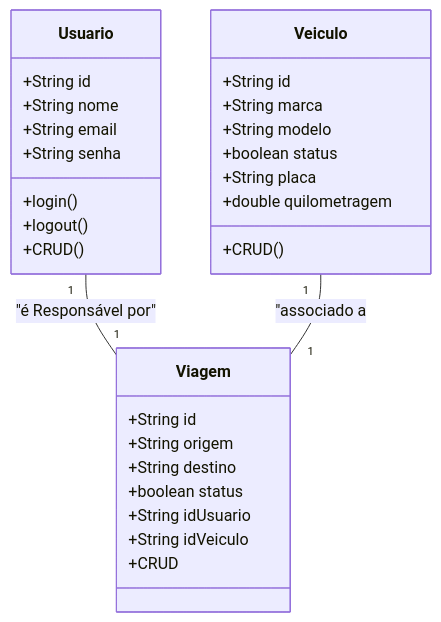
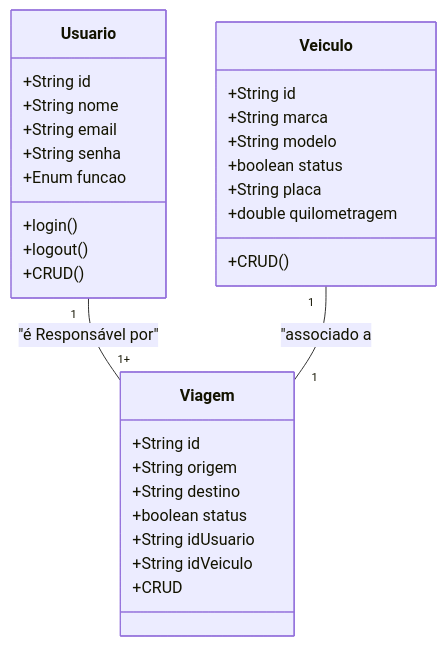
Before and after one commit to GuilhermeXavier08/somativa-sgf: the first of 3 diagrams in README.md, drawn with Mermaid. The commit also changed other lines of this file and 6 other files, not shown here.

````diff
--- a/README.md
+++ b/README.md
@@ -79,38 +79,39 @@
 ```mermaid
 
     classDiagram
 
     class Usuario{
         +String id
         +String nome
         +String email 
         +String senha
+        +Enum funcao
         +login()
         +logout()
         +CRUD()
     }
 
     class Veiculo{
         +String id
         +String marca
         +String modelo
         +boolean status
         +String placa
         +double quilometragem
         +CRUD()
     }
 
     class Viagem{
         +String id
         +String origem
         +String destino
         +boolean status
         +String idUsuario
         +String idVeiculo
         +CRUD
     }
 
-    Usuario "1"--"1" Viagem: "é Responsável por"
+    Usuario "1"--"1+" Viagem: "é Responsável por"
     Veiculo "1"--"1" Viagem: "associado a
 
 ```
````
